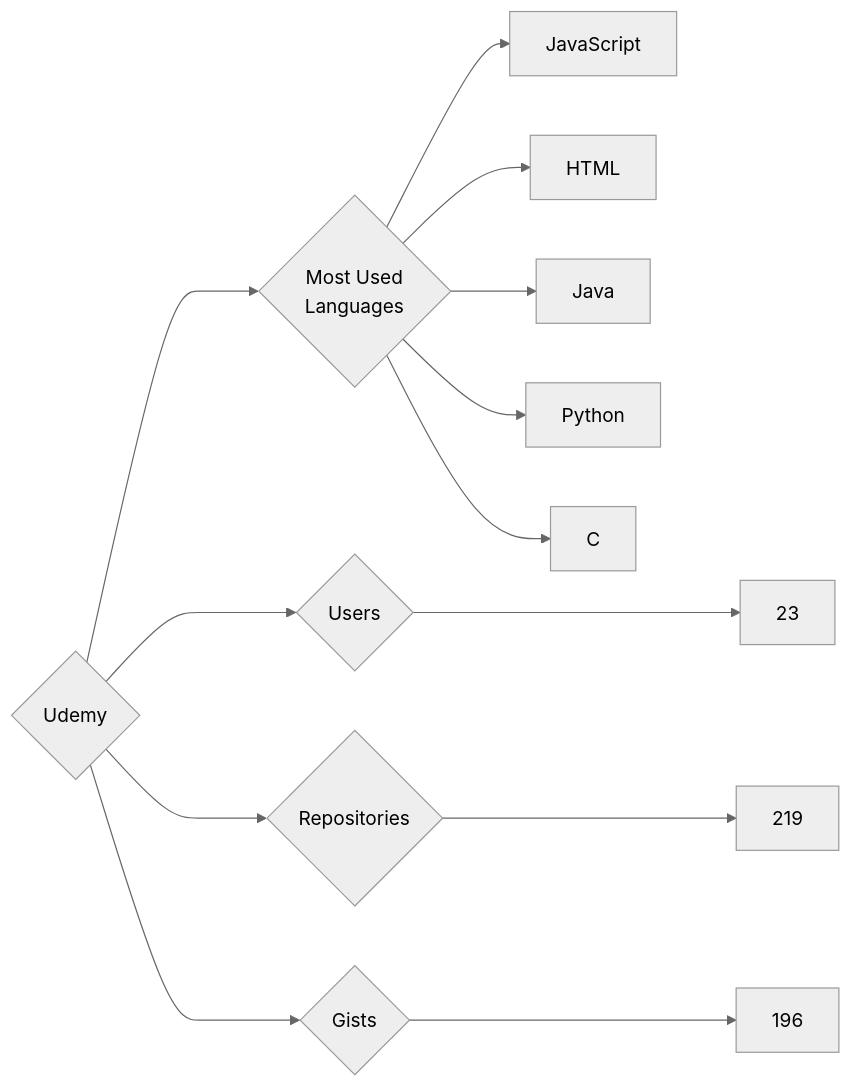
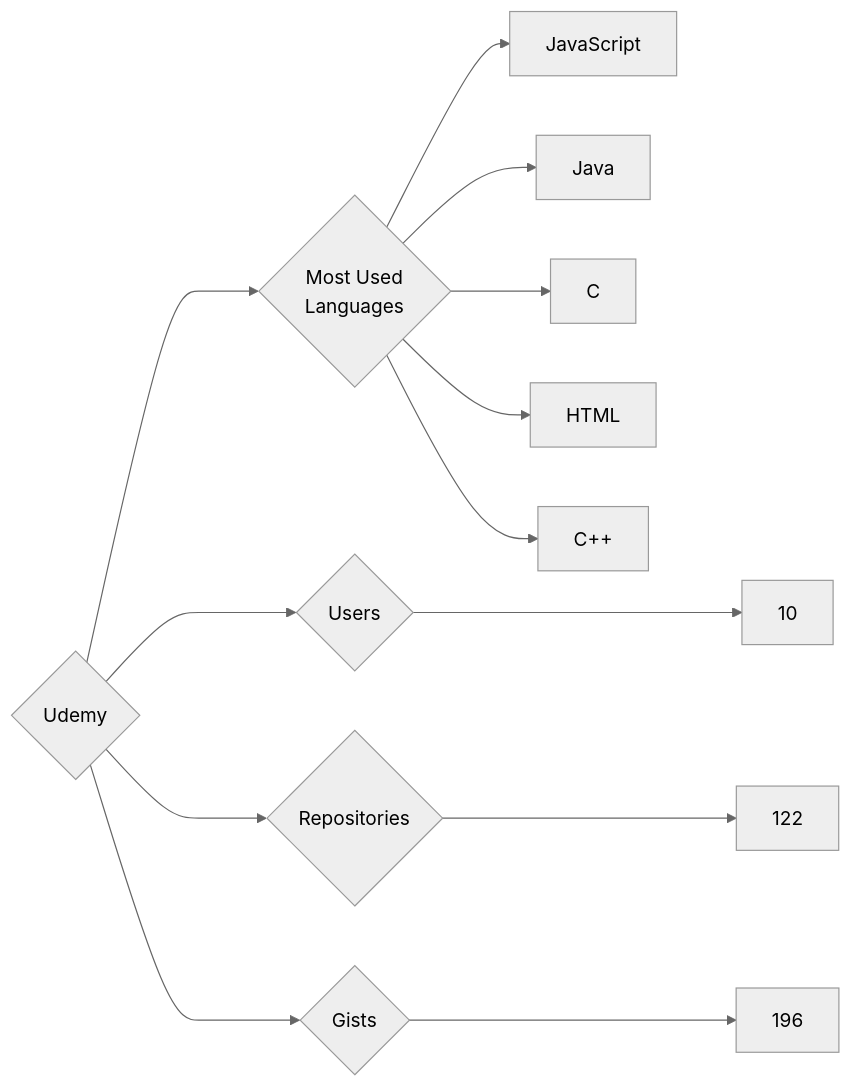
One commit to trickest/insiders changed the diagram in targets/Udemy/README.md. Above: the diagram before and after it, drawn with Mermaid (neutral theme). The commit also changed 928 other files, not shown here.

````diff
--- a/targets/Udemy/README.md
+++ b/targets/Udemy/README.md
@@ -3,13 +3,13 @@
 ```mermaid
 graph LR
 COMPANY_NAME{Udemy}
-COMPANY_NAME ---> U{Users} ---> UN[23]
-COMPANY_NAME ---> R{Repositories} ---> RN[219]
+COMPANY_NAME ---> U{Users} ---> UN[10]
+COMPANY_NAME ---> R{Repositories} ---> RN[122]
 COMPANY_NAME ---> G{Gists} ---> GN[196]
 COMPANY_NAME ---> ML{Most Used<br>Languages}
 ML --> JavaScript[JavaScript]
+ML --> Java[Java]
+ML --> C[C]
 ML --> HTML[HTML]
-ML --> Java[Java]
-ML --> Python[Python]
-ML --> C[C]
+ML --> C++[C++]
 ```
````
